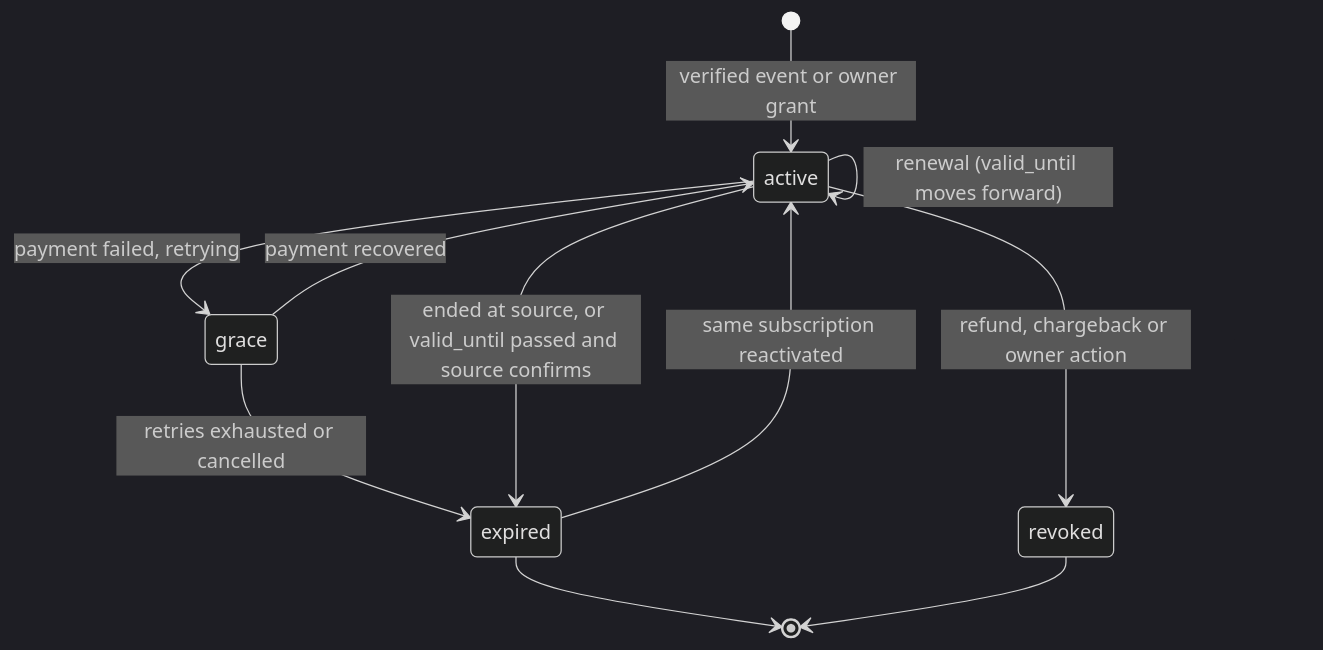
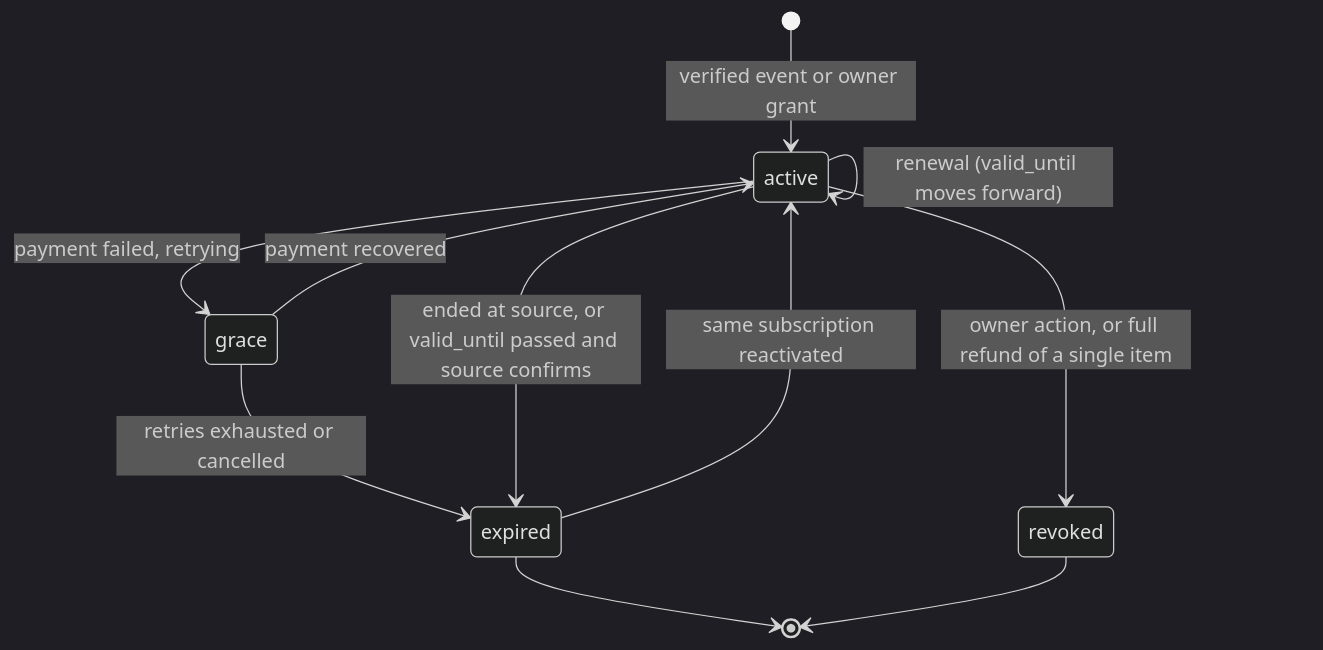
Before and after one commit to elenaokhonko-eng/audhd-research-platform: the first of 3 diagrams in docs/architecture/02-membership-and-entitlements.md, drawn with Mermaid (dark theme). The commit also changed other lines of this file and 21 other files, not shown here.

First line of the commit message:
Architecture v4: fixes from two independent reviews

````diff
--- a/docs/architecture/02-membership-and-entitlements.md
+++ b/docs/architecture/02-membership-and-entitlements.md
@@ -116,13 +120,13 @@
 ```mermaid
 stateDiagram-v2
   [*] --> active: verified event or owner grant
   active --> active: renewal (valid_until moves forward)
   active --> grace: payment failed, retrying
   grace --> active: payment recovered
   grace --> expired: retries exhausted or cancelled
   active --> expired: ended at source, or valid_until passed and source confirms
-  active --> revoked: refund, chargeback or owner action
+  active --> revoked: owner action, or full refund of a single item
   expired --> active: same subscription reactivated
   expired --> [*]
   revoked --> [*]
 ```
````
